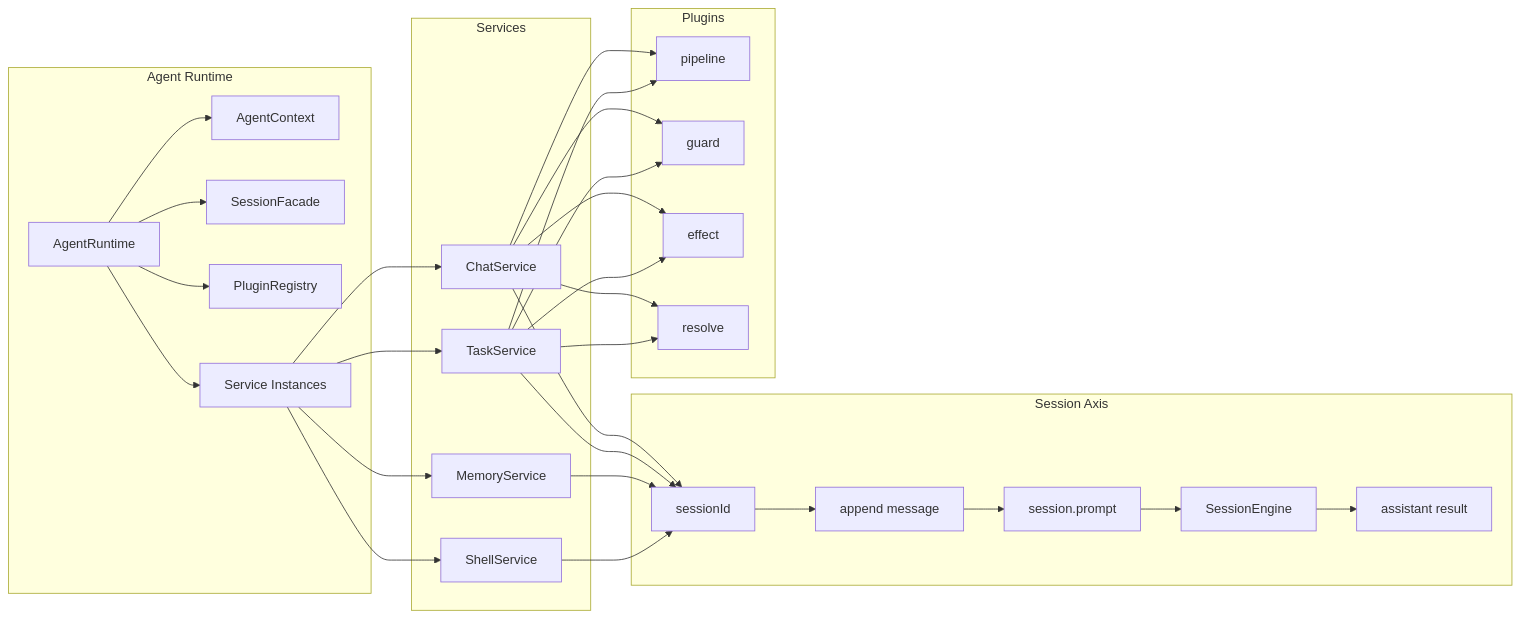
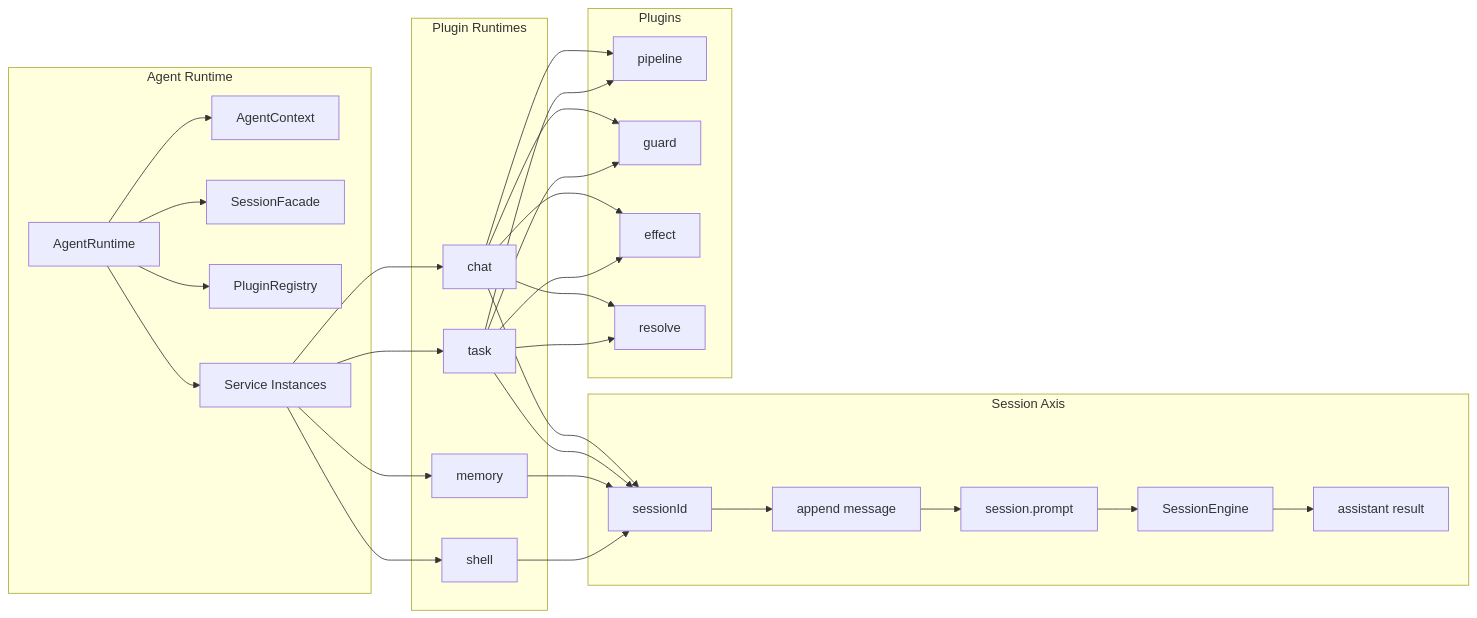
One commit to wangenius/downcity changed the first of 2 diagrams in homepage/content/devdocs/zh/services/system-map.mdx. Above: the diagram before and after it, drawn with Mermaid. The commit also changed 214 other files, not shown here.

````diff
--- a/homepage/content/devdocs/zh/services/system-map.mdx
+++ b/homepage/content/devdocs/zh/services/system-map.mdx
@@ -28,61 +28,61 @@
 ```mermaid
 flowchart LR
   subgraph AGENT["Agent Runtime"]
     A1["AgentRuntime"]
     A2["AgentContext"]
     A3["SessionFacade"]
     A4["PluginRegistry"]
     A5["Service Instances"]
   end
 
   subgraph SESSION["Session Axis"]
     S1["sessionId"]
     S2["append message"]
     S3["session.prompt"]
     S4["SessionEngine"]
     S5["assistant result"]
   end
 
-  subgraph SERVICES["Services"]
-    SV1["ChatService"]
-    SV2["TaskService"]
-    SV3["MemoryService"]
-    SV4["ShellService"]
+  subgraph PLUGIN_RUNTIMES["Plugin Runtimes"]
+    SV1["chat"]
+    SV2["task"]
+    SV3["memory"]
+    SV4["shell"]
   end
 
   subgraph PLUGINS["Plugins"]
     P1["pipeline"]
     P2["guard"]
     P3["effect"]
     P4["resolve"]
   end
 
   A1 --> A2
   A1 --> A3
   A1 --> A4
   A1 --> A5
 
   A5 --> SV1
   A5 --> SV2
   A5 --> SV3
   A5 --> SV4
 
   SV1 --> S1
   SV2 --> S1
   SV3 --> S1
   SV4 --> S1
 
   S1 --> S2
   S2 --> S3
   S3 --> S4
   S4 --> S5
 
   SV1 --> P1
   SV1 --> P2
   SV1 --> P3
   SV1 --> P4
   SV2 --> P1
   SV2 --> P2
   SV2 --> P3
   SV2 --> P4
 ```
````
